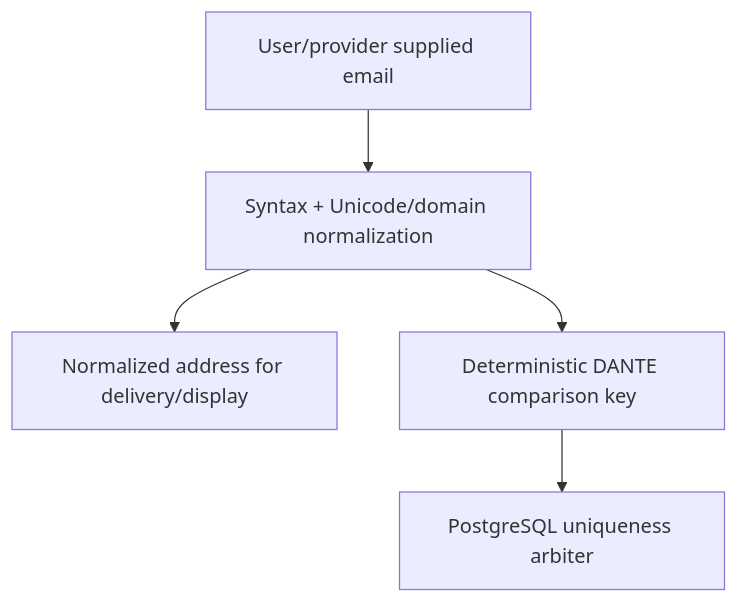
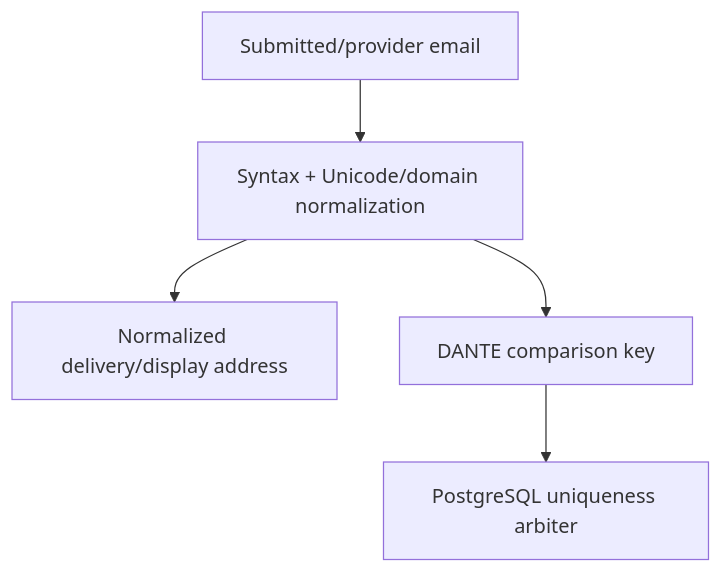
Before and after one commit to MattiaRubino/dante: the tenth of 12 diagrams in docs/architecture/access-auth-architecture.md, drawn with Mermaid. The commit also changed other lines of this file, not shown here.

Commit message:
docs(auth): close M2 architecture contract

````diff
--- a/docs/architecture/access-auth-architecture.md
+++ b/docs/architecture/access-auth-architecture.md
@@ -532,7 +496,7 @@
 ```mermaid
 flowchart TD
-    R[User/provider supplied email] --> N[Syntax + Unicode/domain normalization]
-    N --> A[Normalized address for delivery/display]
-    N --> C[Deterministic DANTE comparison key]
+    R[Submitted/provider email] --> N[Syntax + Unicode/domain normalization]
+    N --> A[Normalized delivery/display address]
+    N --> C[DANTE comparison key]
     C --> U[PostgreSQL uniqueness arbiter]
 ```
````
